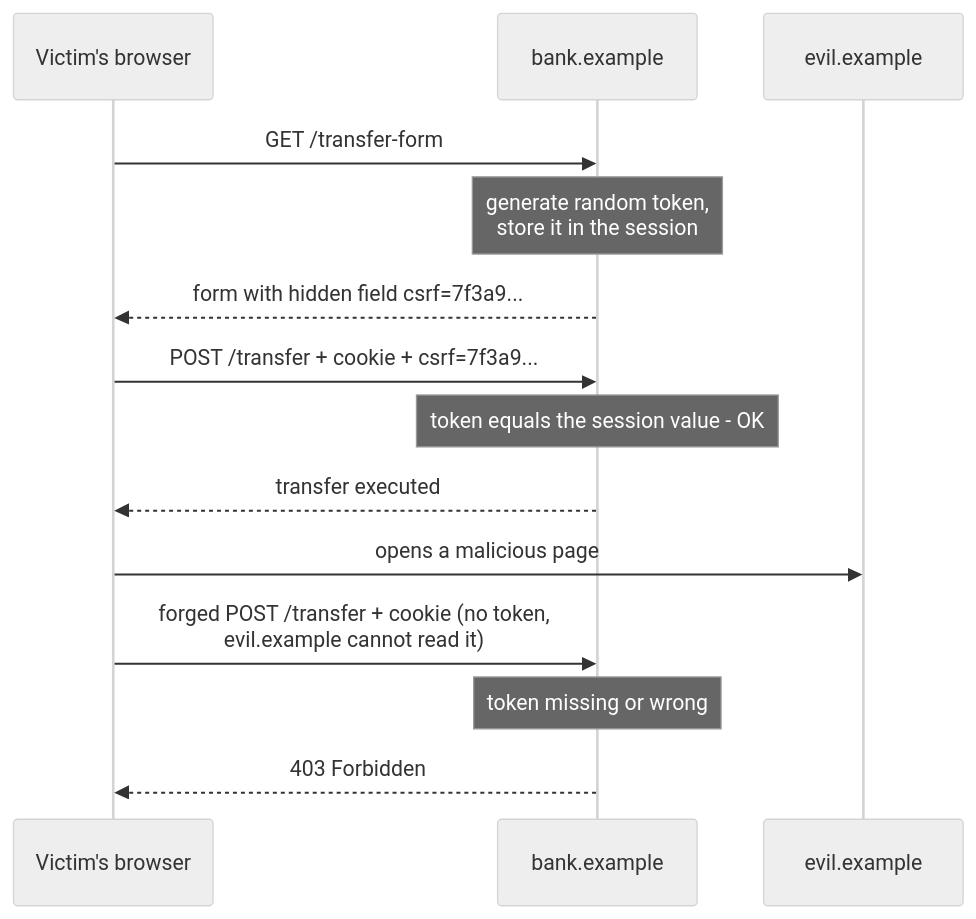
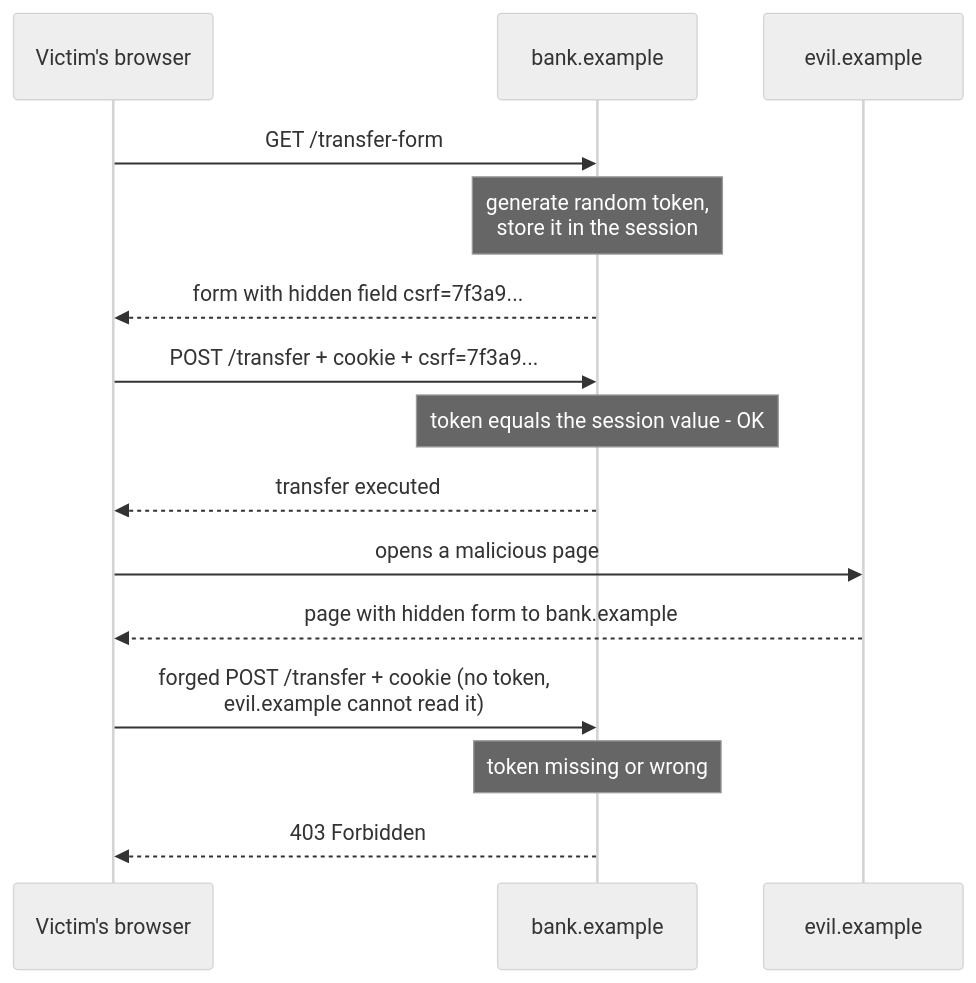
One commit to Engin1980/7vbap-gitbook changed the fourth of 5 diagrams in gitbook/concepts/security-other-concepts.md. Above: the diagram before and after it, drawn with Mermaid (neutral theme). The commit also changed other lines of this file and 14 other files, not shown here.

````diff
--- a/gitbook/concepts/security-other-concepts.md
+++ b/gitbook/concepts/security-other-concepts.md
@@ -249,18 +250,19 @@
 ```mermaid
 sequenceDiagram
     participant V as Victim's browser
     participant B as bank.example
     participant E as evil.example
 
     V->>B: GET /transfer-form
     Note over B: generate random token,<br/>store it in the session
     B-->>V: form with hidden field csrf=7f3a9...
     V->>B: POST /transfer + cookie + csrf=7f3a9...
     Note over B: token equals the session value - OK
     B-->>V: transfer executed
 
     V->>E: opens a malicious page
+    E-->>V: page with hidden form to bank.example
     V->>B: forged POST /transfer + cookie (no token,<br/>evil.example cannot read it)
     Note over B: token missing or wrong
     B-->>V: 403 Forbidden
 ```
````
